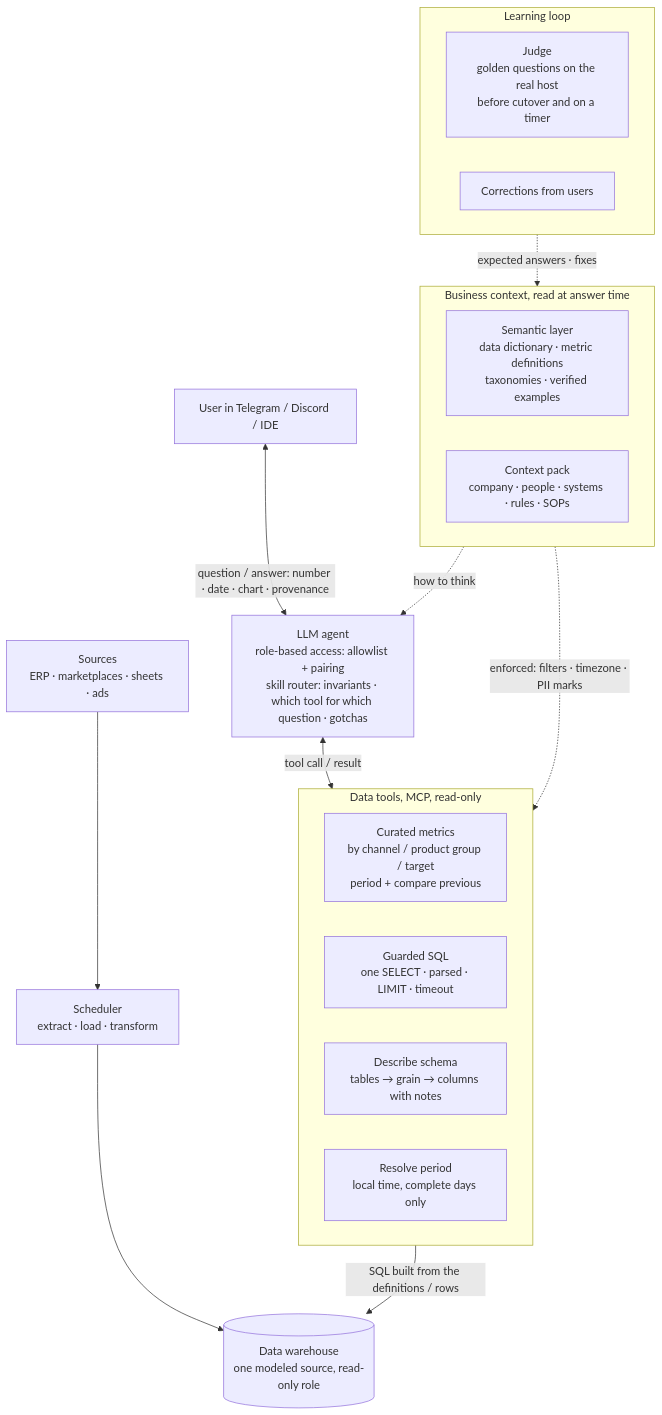
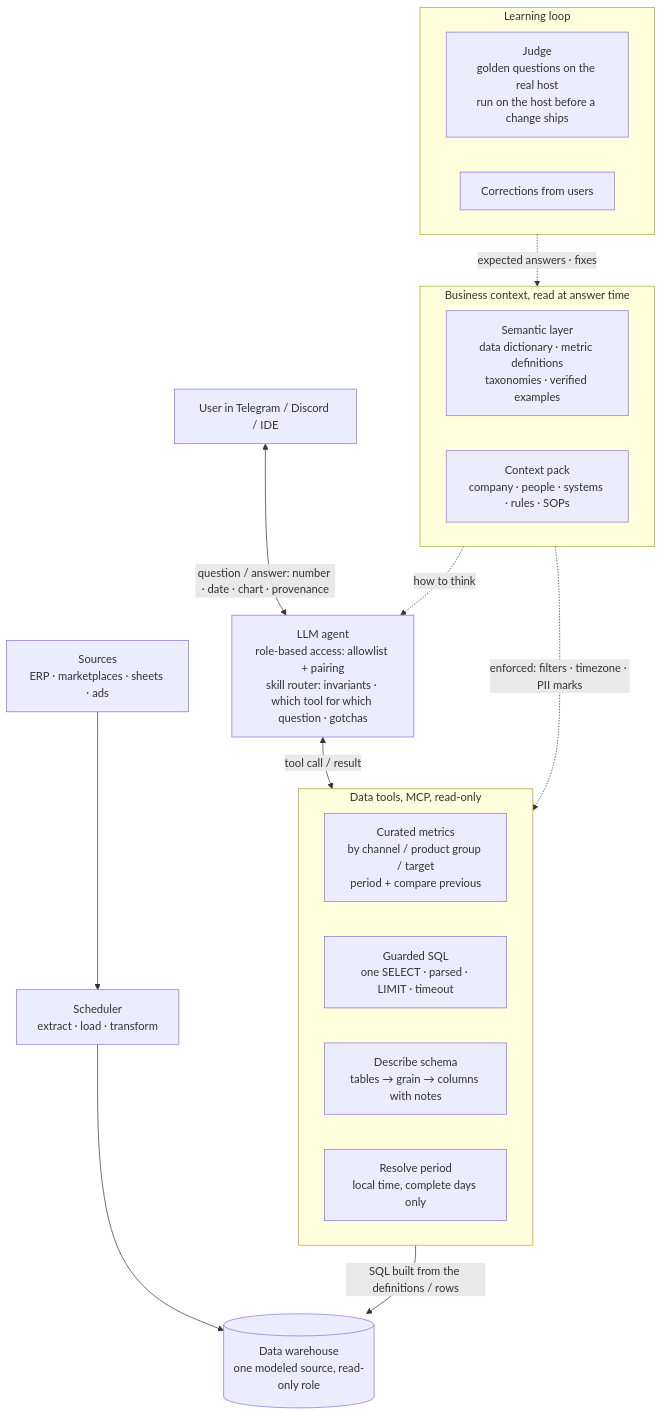
Before and after one commit to goodkavin/void-reference: the diagram in reference-architecture/agentic-bi/README.md, drawn with Mermaid. The commit also changed other lines of this file, not shown here.

Commit message:
agentic-bi: golden set runs on the host before a change ships, by hand; the timer is the alert bot

````diff
--- a/reference-architecture/agentic-bi/README.md
+++ b/reference-architecture/agentic-bi/README.md
@@ -38,37 +38,37 @@
 ```mermaid
 flowchart TB
   U[User in Telegram / Discord / IDE]
   A[LLM agent<br/>role-based access: allowlist + pairing<br/>skill router: invariants · which tool for which question · gotchas]
 
   subgraph Context["Business context, read at answer time"]
     direction LR
     SL[Semantic layer<br/>data dictionary · metric definitions<br/>taxonomies · verified examples]
     CP[Context pack<br/>company · people · systems · rules · SOPs]
   end
 
   subgraph Tools["Data tools, MCP, read-only"]
     direction LR
     T1[Curated metrics<br/>by channel / product group / target<br/>period + compare previous]
     T2[Guarded SQL<br/>one SELECT · parsed · LIMIT · timeout]
     T3[Describe schema<br/>tables → grain → columns with notes]
     T4[Resolve period<br/>local time, complete days only]
   end
 
   DW[(Data warehouse<br/>one modeled source, read-only role)]
   SCH[Scheduler<br/>extract · load · transform]
   SRC[Sources<br/>ERP · marketplaces · sheets · ads]
 
   subgraph Loop["Learning loop"]
     direction LR
-    J[Judge<br/>golden questions on the real host<br/>before cutover and on a timer]
+    J[Judge<br/>golden questions on the real host<br/>run on the host before a change ships]
     FB[Corrections from users]
   end
 
   U <-->|question / answer: number · date · chart · provenance| A
   A <-->|tool call / result| Tools
   Tools -->|SQL built from the definitions / rows| DW
   SRC --> SCH --> DW
   Context -.->|how to think| A
   Context -.->|enforced: filters · timezone · PII marks| Tools
   Loop -.->|expected answers · fixes| Context
 ```
````
